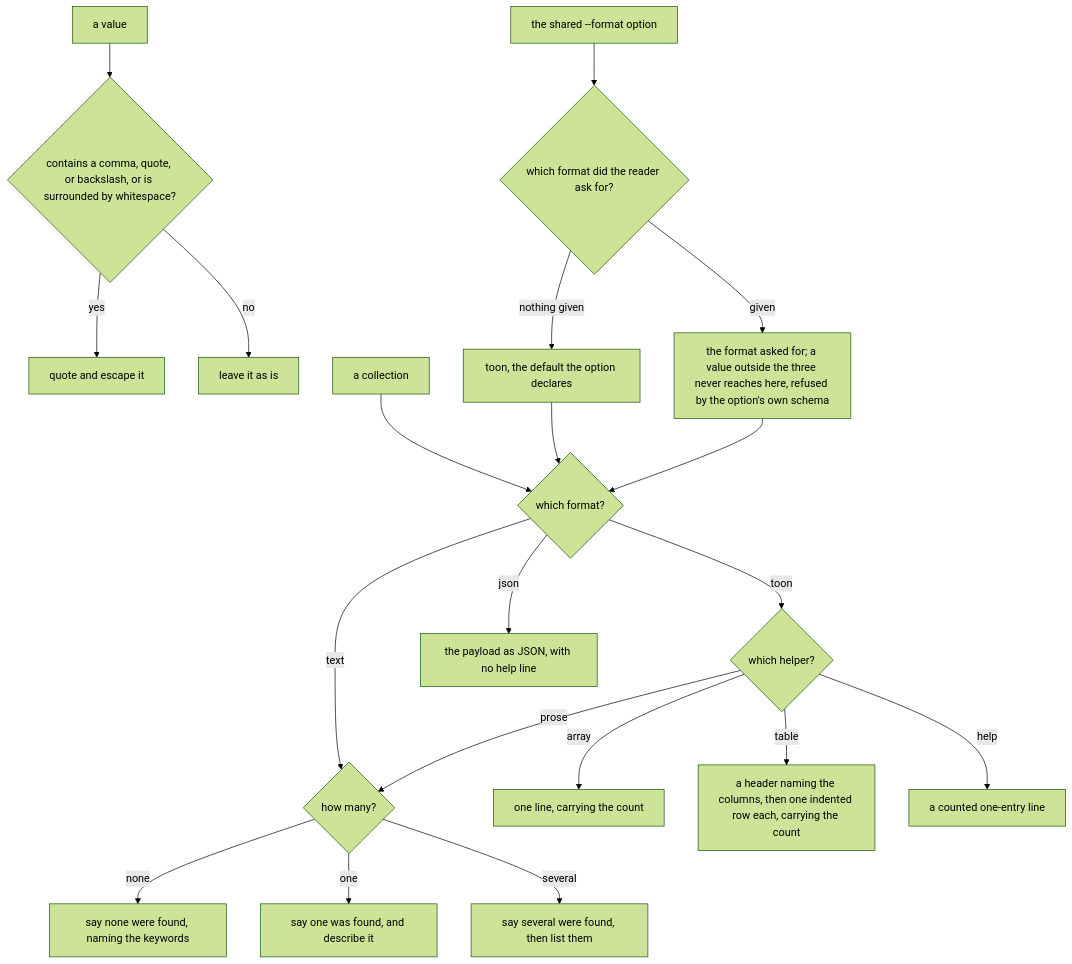
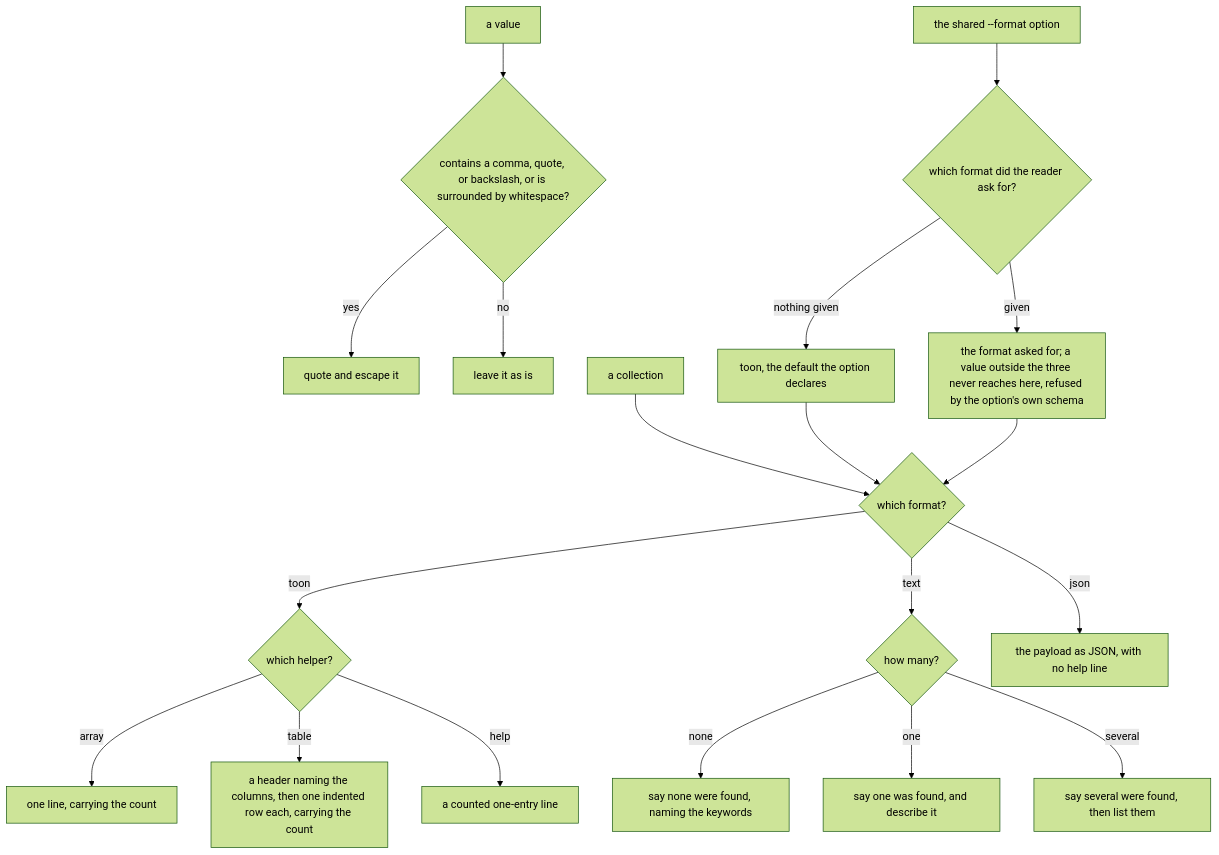
The fifth of 7 diagrams in packages/clibuilder/.agents/spec/presentation/README.md (clibuilder/clibuilder), drawn with Mermaid (forest theme) before and after one commit. The commit also changed other lines of this file and 1 other file, not shown here.

First line of the commit message:
docs(clibuilder): expect-single always names an option, and unfork prose

````diff
--- a/packages/clibuilder/.agents/spec/presentation/README.md
+++ b/packages/clibuilder/.agents/spec/presentation/README.md
@@ -305,22 +306,22 @@
 ```mermaid
 graph TD
   V[a value] --> AMB{"contains a comma, quote, or backslash, or is surrounded by whitespace?"}
   AMB -- yes --> Q[quote and escape it]
   AMB -- no --> RAW[leave it as is]
   C[a collection] --> FMT{which format?}
   FMT -- toon --> SH{which helper?}
   FMT -- text --> N
   FMT -- json --> J["the payload as JSON, with no help line"]
   SH -- array --> TA[one line, carrying the count]
   SH -- table --> TT[a header naming the columns, then one indented row each, carrying the count]
   SH -- help --> TH2[a counted one-entry line]
-  SH -- prose --> N{how many?}
+  N{how many?}
   N -- none --> P0[say none were found, naming the keywords]
   N -- one --> P1[say one was found, and describe it]
   N -- several --> P2[say several were found, then list them]
   FO["the shared --format option"] --> WF{which format did the reader ask for?}
   WF -- "nothing given" --> FDEF[toon, the default the option declares]
   WF -- given --> FGIV["the format asked for; a value outside the three never reaches here, refused by the option's own schema"]
   FDEF --> FMT
   FGIV --> FMT
 ```
````
